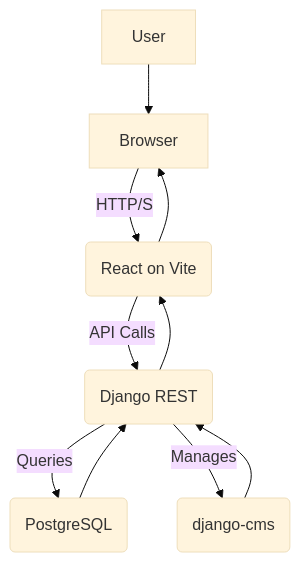
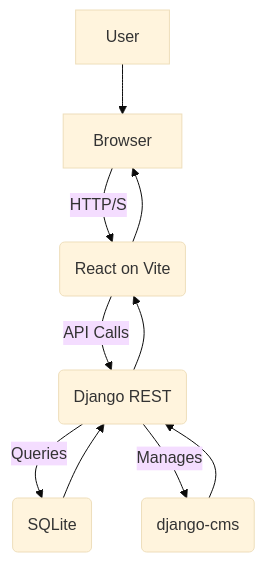
Before and after one commit to Francesco146/mistra-djangocms: the diagram in README.md, drawn with Mermaid (base theme). The commit also changed other lines of this file, not shown here.

Commit message:
fix: update database references from PostgreSQL to SQLite in README

````diff
--- a/README.md
+++ b/README.md
@@ -65,12 +65,12 @@
 ```mermaid
 graph TD;
     User --> Browser;
     Browser -- HTTP/S --> Frontend(React on Vite);
     Frontend -- API Calls --> Backend(Django REST);
-    Backend -- Queries --> Database(PostgreSQL);
+    Backend -- Queries --> Database(SQLite);
     Backend -- Manages --> CMS(django-cms);
     Database --> Backend;
     CMS --> Backend;
     Backend --> Frontend;
     Frontend --> Browser;
 ```
````
